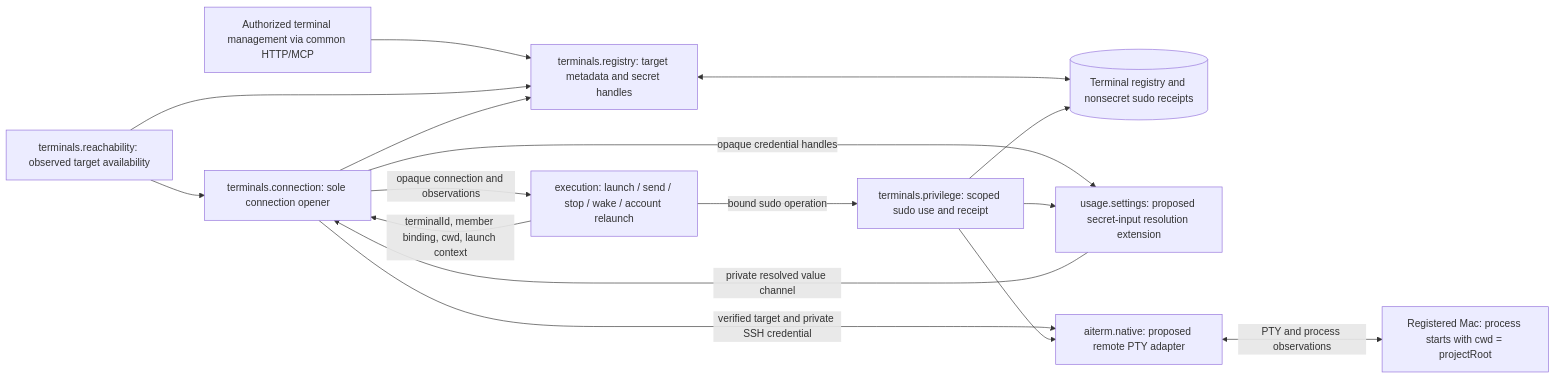
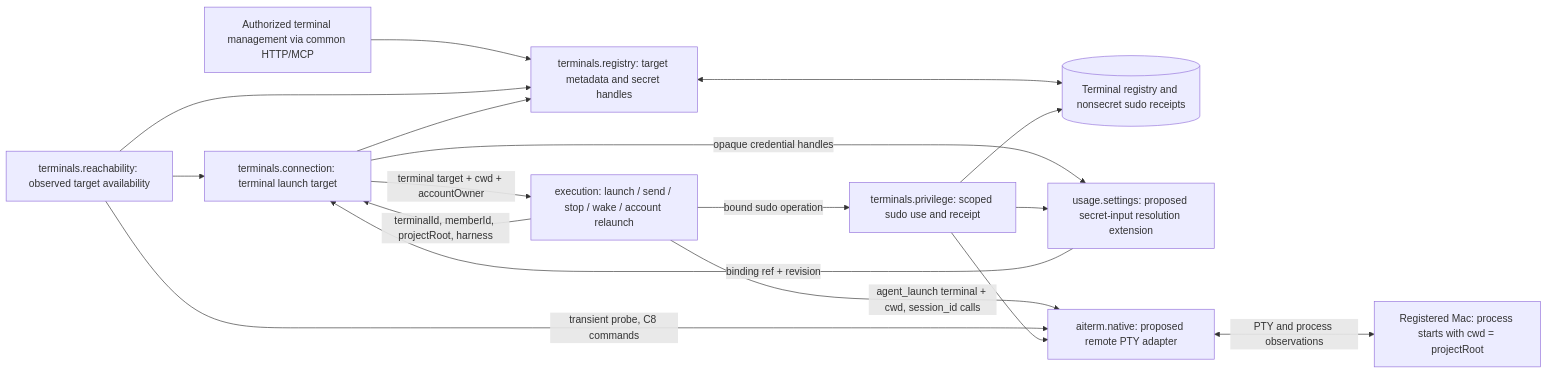
Before and after one commit to kitepon/BellTeam: the first of 3 diagrams in docs/architecture/modules/terminals/README.md, drawn with Mermaid. The commit also changed other lines of this file and 12 other files, not shown here.

First line of the commit message:
refactor(terminals): ONE launch path — hand execution the Aiterm terminal target

````diff
--- a/docs/architecture/modules/terminals/README.md
+++ b/docs/architecture/modules/terminals/README.md
@@ -11,28 +11,29 @@
 ```mermaid
 flowchart LR
   UI[Authorized terminal management via common HTTP/MCP]
   Registry[terminals.registry: target metadata and secret handles]
   Check[terminals.reachability: observed target availability]
-  Connect[terminals.connection: sole connection opener]
+  Connect[terminals.connection: terminal launch target]
   Privilege[terminals.privilege: scoped sudo use and receipt]
   State[(Terminal registry and nonsecret sudo receipts)]
   Secrets[usage.settings: proposed secret-input resolution extension]
   Native[aiterm.native: proposed remote PTY adapter]
   Exec[execution: launch / send / stop / wake / account relaunch]
   Mac[Registered Mac: process starts with cwd = projectRoot]
   UI --> Registry
   Registry <--> State
   Check --> Registry
   Check --> Connect
-  Exec -->|terminalId, member binding, cwd, launch context| Connect
+  Exec -->|terminalId, memberId, projectRoot, harness| Connect
   Connect --> Registry
   Connect -->|opaque credential handles| Secrets
-  Secrets -->|private resolved value channel| Connect
-  Connect -->|verified target and private SSH credential| Native
+  Secrets -->|binding ref + revision| Connect
+  Connect -->|terminal target + cwd + accountOwner| Exec
+  Exec -->|agent_launch terminal + cwd, session_id calls| Native
+  Check -->|transient probe, C8 commands| Native
   Native <-->|PTY and process observations| Mac
-  Connect -->|opaque connection and observations| Exec
   Exec -->|bound sudo operation| Privilege
   Privilege --> Secrets
   Privilege --> Native
   Privilege --> State
 ```
````
